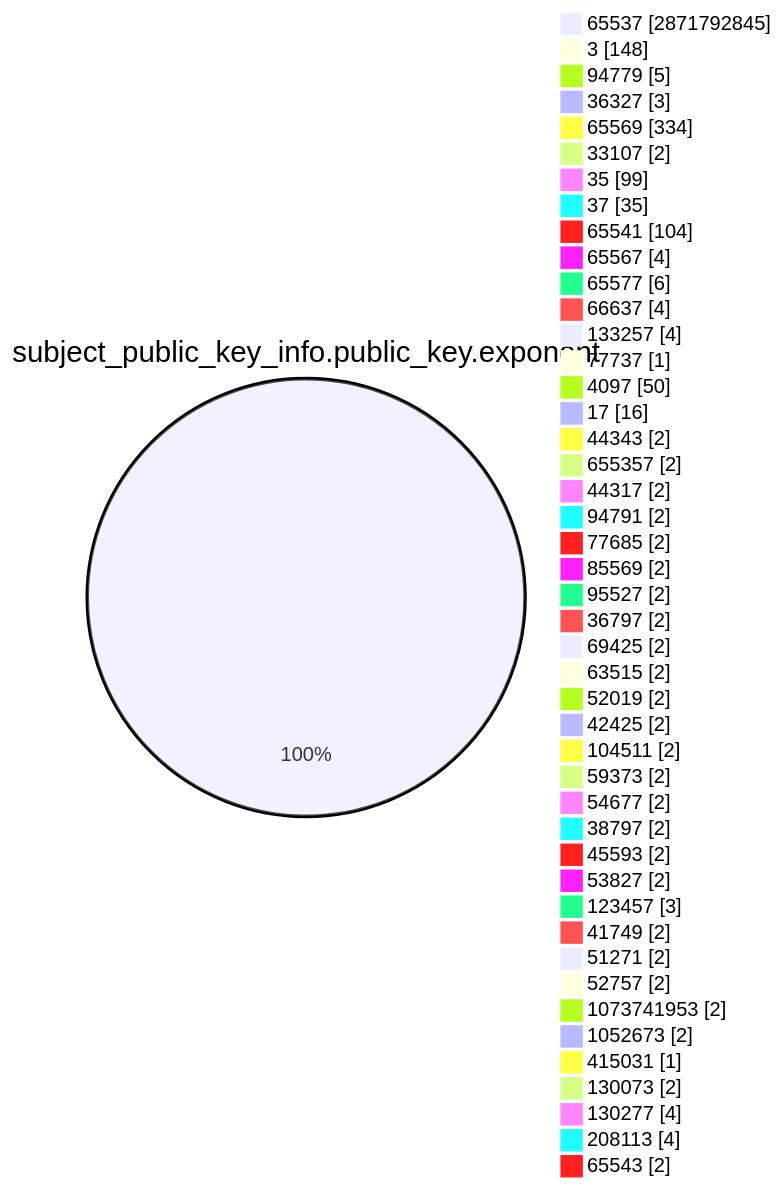
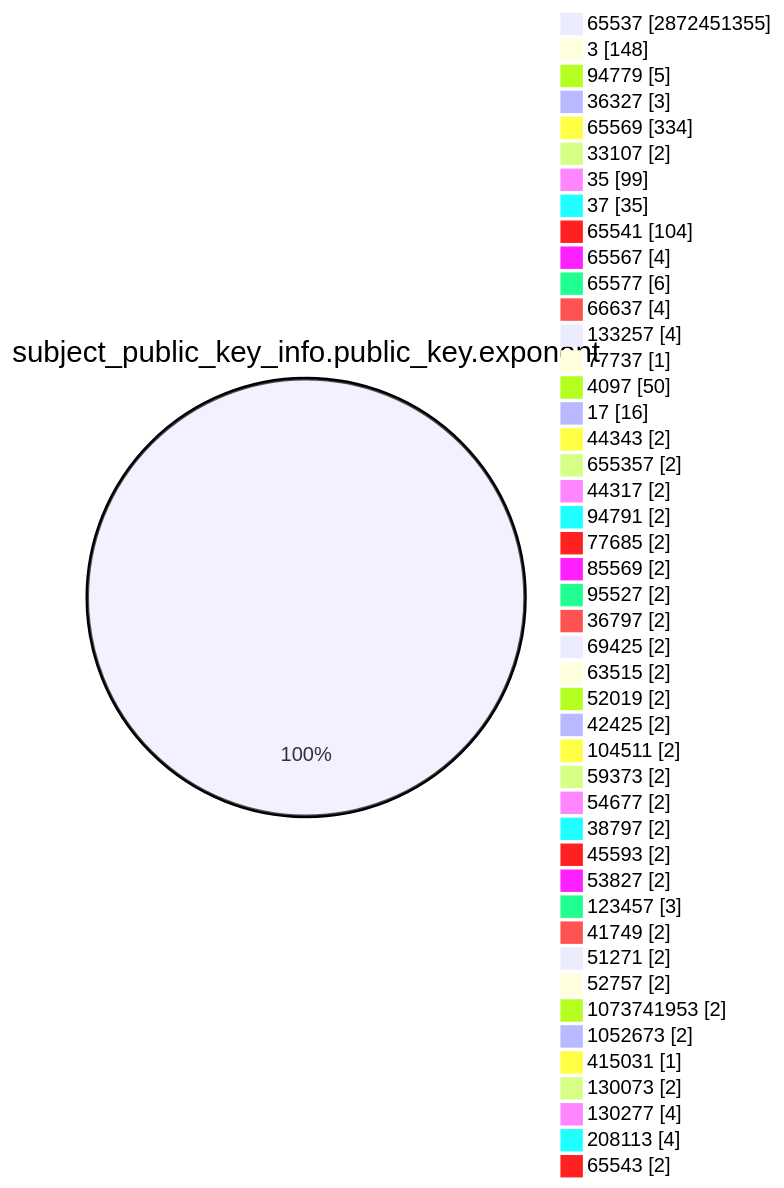
The fourth of 15 diagrams in TOTAL/README.md (christiankrug/ctmonitor_visualization), drawn with Mermaid before and after one commit. The commit also changed other lines of this file, not shown here.

````diff
--- a/TOTAL/README.md
+++ b/TOTAL/README.md
@@ -1468,49 +1468,49 @@
 ```mermaid
 pie showData
 title subject_public_key_info.public_key.exponent
-"65537" :2871792845
+"65537" :2872451355
 "3" :148
 "94779" :5
 "36327" :3
 "65569" :334
 "33107" :2
 "35" :99
 "37" :35
 "65541" :104
 "65567" :4
 "65577" :6
 "66637" :4
 "133257" :4
 "77737" :1
 "4097" :50
 "17" :16
 "44343" :2
 "655357" :2
 "44317" :2
 "94791" :2
 "77685" :2
 "85569" :2
 "95527" :2
 "36797" :2
 "69425" :2
 "63515" :2
 "52019" :2
 "42425" :2
 "104511" :2
 "59373" :2
 "54677" :2
 "38797" :2
 "45593" :2
 "53827" :2
 "123457" :3
 "41749" :2
 "51271" :2
 "52757" :2
 "1073741953" :2
 "1052673" :2
 "415031" :1
 "130073" :2
 "130277" :4
 "208113" :4
 "65543" :2
 ```
````
